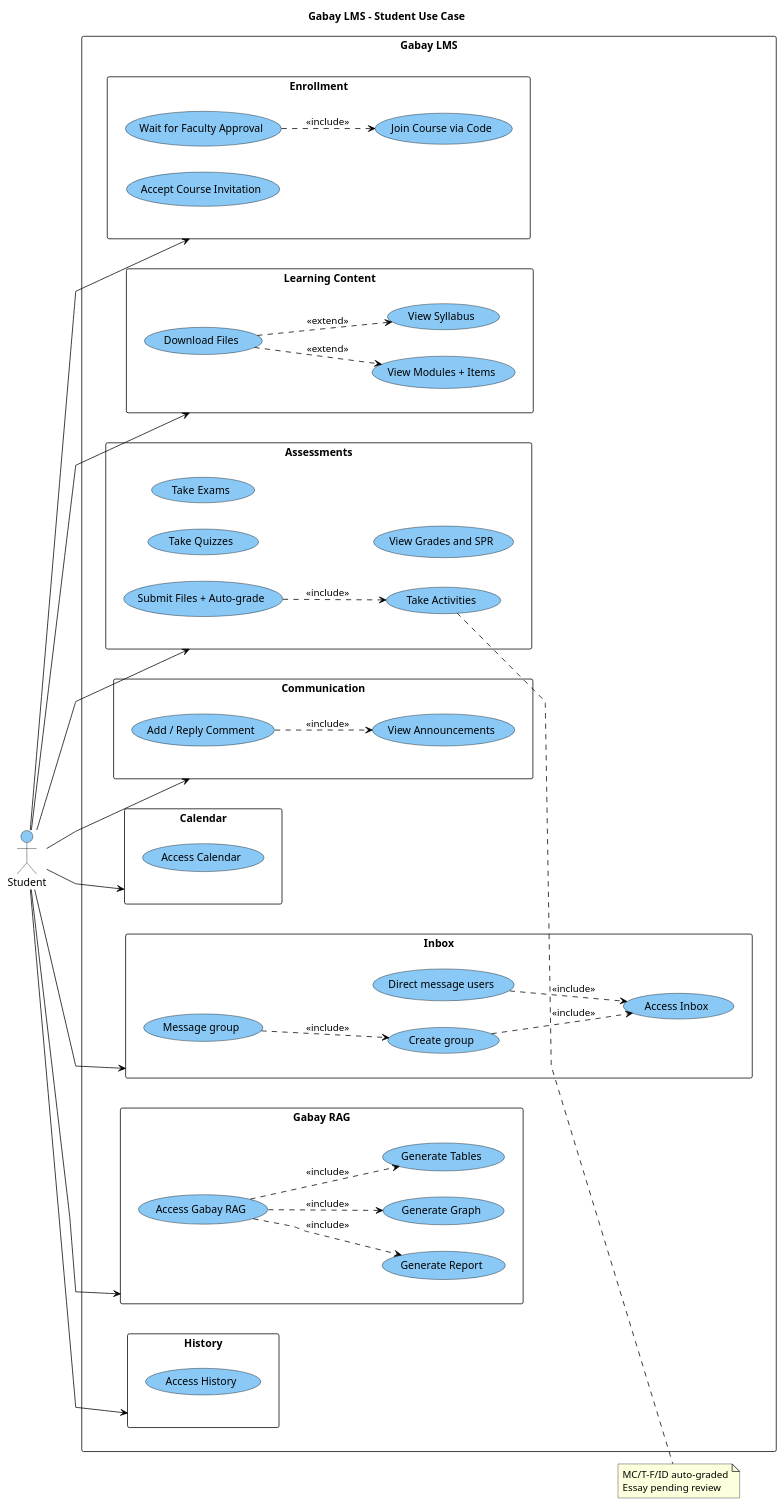
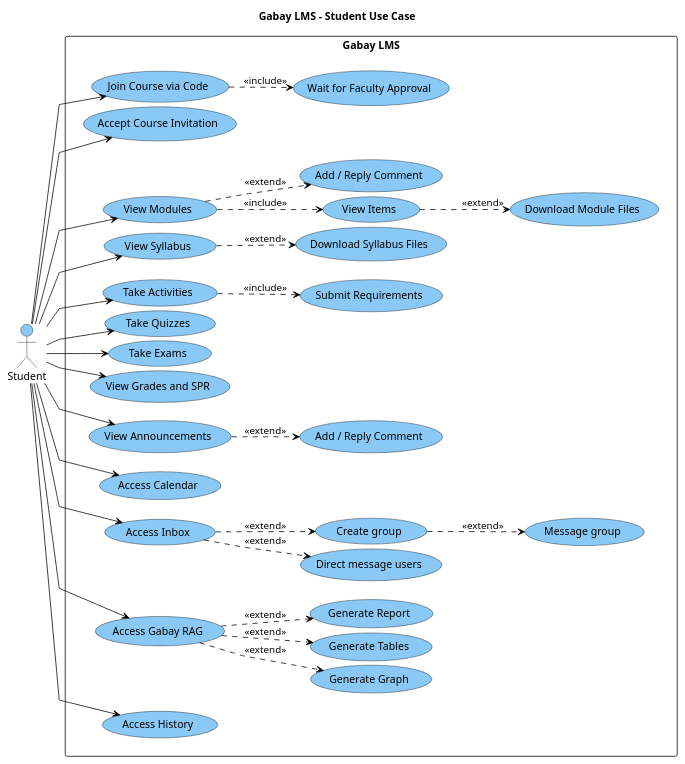
One commit to Axxues/Gabay-Prototype changed the diagram in docs/diagrams/usecase-student.puml. Above: the diagram before and after it, drawn with PlantUML. The commit also changed 445 other files, not shown here.

```diff
--- a/docs/diagrams/usecase-student.puml
+++ b/docs/diagrams/usecase-student.puml
@@ -1,85 +1,95 @@
 @startuml
 title Gabay LMS - Student Use Case
 left to right direction
-skinparam packageStyle rectangle
 skinparam usecase {
   BackgroundColor #8AC9F5
   BorderColor black
 }
 skinparam actor {
   BackgroundColor #8AC9F5
   BorderColor black
 }
-skinparam package {
+skinparam rectangle {
   BackgroundColor white
   BorderColor black
 }
 skinparam arrowColor black
 skinparam linetype polyline
+skinparam nodesep 6
+skinparam ranksep 12
 
 actor "Student" as Student
 
 rectangle "Gabay LMS" {
-  package "Enrollment" as P1 {
+  together {
     usecase "Join Course via Code" as UC1
     usecase "Wait for Faculty Approval" as UC1w
     usecase "Accept Course Invitation" as UC1b
   }
-  package "Learning Content" as P2 {
-    usecase "View Modules + Items" as UC4a
+  together {
+    usecase "View Modules" as UC4
+    usecase "View Items" as UC4i
+    usecase "Add / Reply Comment" as UC4r
     usecase "View Syllabus" as UC4b
-    usecase "Download Files" as UC4c
+    usecase "Download Module Files" as UC4m
+    usecase "Download Syllabus Files" as UC4s
   }
-  package "Assessments" as P3 {
+  together {
     usecase "Take Activities" as UC5
-    usecase "Submit Files + Auto-grade" as UC5s
+    usecase "Submit Requirements" as UC5s
     usecase "Take Quizzes" as UC6
     usecase "Take Exams" as UC6b
     usecase "View Grades and SPR" as UC7
   }
-  package "Communication" as P4 {
+  together {
     usecase "View Announcements" as UC8
     usecase "Add / Reply Comment" as UC8b
   }
-  package "Calendar" as P5 {
+  together {
     usecase "Access Calendar" as UC9
   }
-  package "Inbox" as P6 {
+  together {
     usecase "Access Inbox" as UC10
     usecase "Direct message users" as UC10a
     usecase "Create group" as UC10b
     usecase "Message group" as UC10c
   }
-  package "Gabay RAG" as P7 {
+  together {
     usecase "Access Gabay RAG" as UCRAG
     usecase "Generate Graph" as UCRAG_G
     usecase "Generate Tables" as UCRAG_T
     usecase "Generate Report" as UCRAG_R
   }
-  package "History" as P8 {
+  together {
     usecase "Access History" as UC11
   }
 }
 
-Student --> P1
-Student --> P2
-Student --> P3
-Student --> P4
-Student --> P5
-Student --> P6
-Student --> P7
-Student --> P8
+Student --> UC1
+Student --> UC1b
+Student --> UC4
+Student --> UC4b
+Student --> UC5
+Student --> UC6
+Student --> UC6b
+Student --> UC7
+Student --> UC8
+Student --> UC9
+Student --> UC10
+Student --> UCRAG
+Student --> UC11
 
-UC1w ..> UC1 : <<include>>
-UC4c ..> UC4a : <<extend>>
-UC4c ..> UC4b : <<extend>>
-UC5s ..> UC5 : <<include>>
-UC8b ..> UC8 : <<include>>
-UC10a ..> UC10 : <<include>>
-UC10b ..> UC10 : <<include>>
-UC10c ..> UC10b : <<include>>
-UCRAG ..> UCRAG_G : <<include>>
-UCRAG ..> UCRAG_T : <<include>>
-UCRAG ..> UCRAG_R : <<include>>
-note right of UC5 : MC/T-F/ID auto-graded\nEssay pending review
+UC1 ..> UC1w : <<include>>
+UC4 ..> UC4i : <<include>>
+UC4 ..> UC4r : <<extend>>
+UC4i ..> UC4m : <<extend>>
+UC4b ..> UC4s : <<extend>>
+UC5 ..> UC5s : <<include>>
+UC8 ..> UC8b : <<extend>>
+UC10 ..> UC10a : <<extend>>
+UC10 ..> UC10b : <<extend>>
+UC10b ..> UC10c : <<extend>>
+UCRAG ..> UCRAG_G : <<extend>>
+UCRAG ..> UCRAG_T : <<extend>>
+UCRAG ..> UCRAG_R : <<extend>>
 @enduml
```
